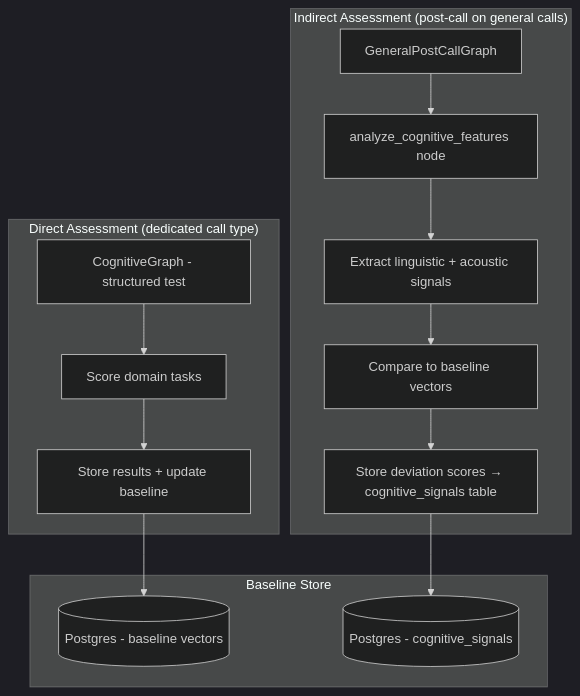
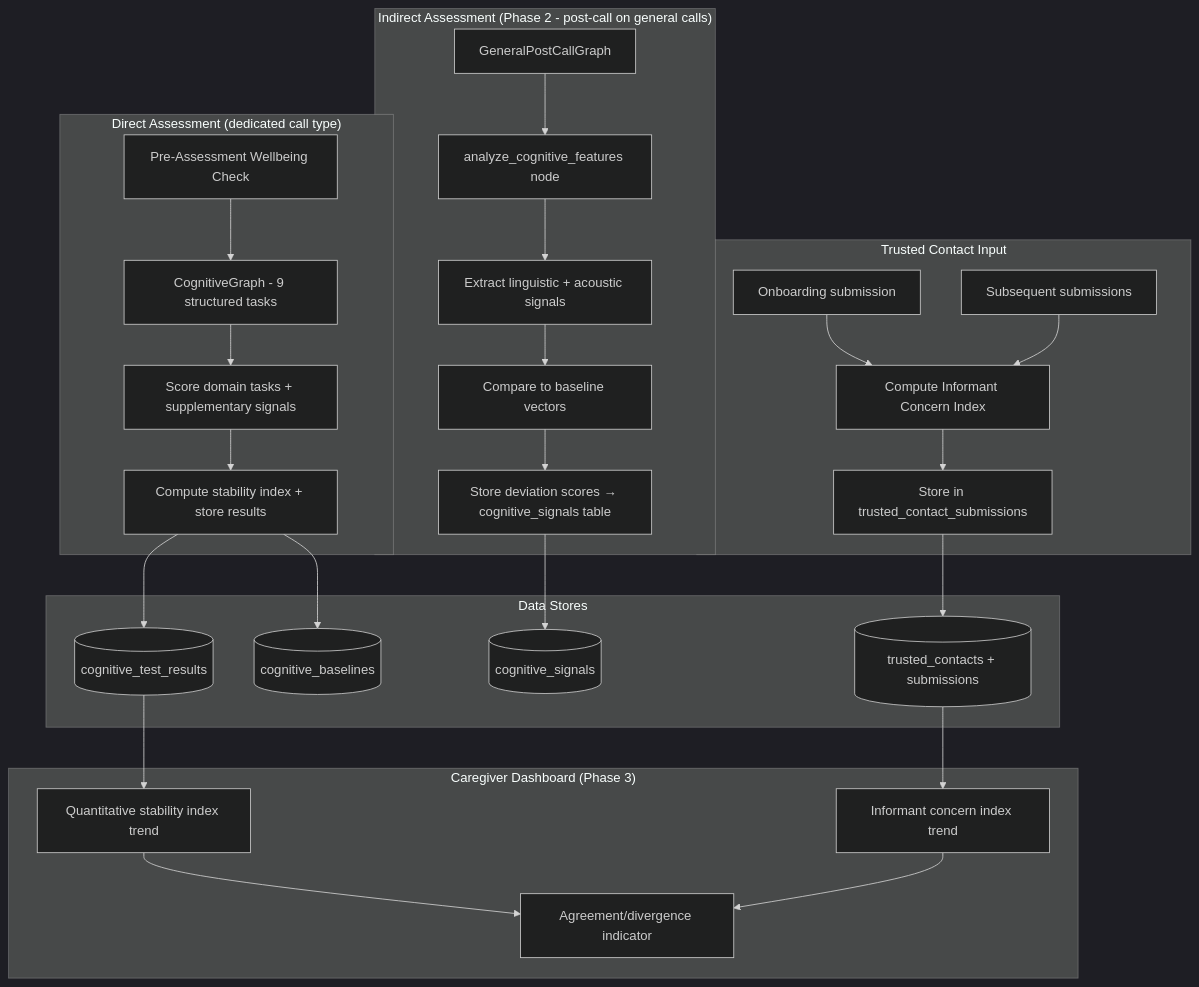
One commit to Kish170/nAIber-proto changed the diagram in docs/prds/personas/cognitive.md. Above: the diagram before and after it, drawn with Mermaid (dark theme). The commit also changed other lines of this file and 23 other files, not shown here.

Commit message:
adding direct assessment phase for cognitive portion

````diff
--- a/docs/prds/personas/cognitive.md
+++ b/docs/prds/personas/cognitive.md
@@ -90,22 +758,44 @@
 ```mermaid
 flowchart TD
     subgraph DirectTier["Direct Assessment (dedicated call type)"]
-        D1[CognitiveGraph - structured test] --> D2[Score domain tasks]
-        D2 --> D3[Store results + update baseline]
+        WC[Pre-Assessment Wellbeing Check] --> D1[CognitiveGraph - 9 structured tasks]
+        D1 --> D2[Score domain tasks + supplementary signals]
+        D2 --> D3[Compute stability index + store results]
     end
 
-    subgraph IndirectTier["Indirect Assessment (post-call on general calls)"]
+    subgraph IndirectTier["Indirect Assessment (Phase 2 - post-call on general calls)"]
         I1[GeneralPostCallGraph] --> I2[analyze_cognitive_features node]
         I2 --> I3[Extract linguistic + acoustic signals]
         I3 --> I4[Compare to baseline vectors]
         I4 --> I5[Store deviation scores → cognitive_signals table]
     end
 
-    subgraph Baseline["Baseline Store"]
-        B1[(Postgres - baseline vectors)]
-        B2[(Postgres - cognitive_signals)]
+    subgraph TrustedContact["Trusted Contact Input"]
+        TC1[Onboarding submission] --> TC2[Compute Informant Concern Index]
+        TC3[Subsequent submissions] --> TC2
+        TC2 --> TC4[Store in trusted_contact_submissions]
+    end
+
+    subgraph Baseline["Data Stores"]
+        B1[(cognitive_test_results)]
+        B2[(cognitive_baselines)]
+        B3[(cognitive_signals)]
+        B4[(trusted_contacts + submissions)]
+    end
+
+    subgraph Dashboard["Caregiver Dashboard (Phase 3)"]
+        DASH1[Quantitative stability index trend]
+        DASH2[Informant concern index trend]
+        DASH3[Agreement/divergence indicator]
     end
 
     D3 --> B1
-    I5 --> B2
+    D3 --> B2
+    I5 --> B3
+    TC4 --> B4
+
+    B1 --> DASH1
+    B4 --> DASH2
+    DASH1 --> DASH3
+    DASH2 --> DASH3
 ```
````
